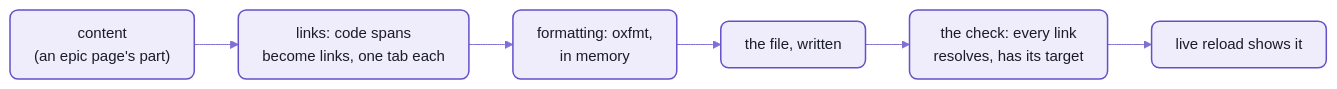
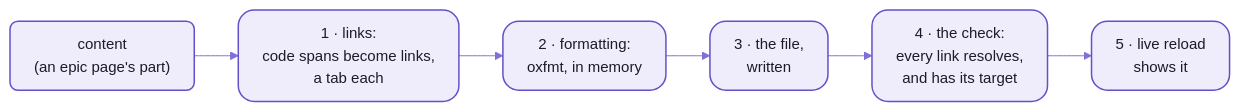
Before and after one commit to spell-app/spell: the sixth of 6 diagrams in README-server.md, drawn with Mermaid. The commit also changed other lines of this file and 12 other files, not shown here.

````diff
--- a/README-server.md
+++ b/README-server.md
@@ -262,11 +352,13 @@
 ```mermaid
 %%{init: {"theme":"base","themeVariables":{"fontFamily":"-apple-system, BlinkMacSystemFont, Segoe UI, Helvetica, Arial, sans-serif","fontSize":"15px","primaryColor":"#EFECFB","primaryBorderColor":"#6550CA","primaryTextColor":"#1A1C27","secondaryColor":"#F4F1E9","tertiaryColor":"#F7F6FC","lineColor":"#7F6FD6","textColor":"#7F6FD6","clusterBkg":"#F7F6FC","clusterBorder":"#B9B0E8","titleColor":"#1A1C27","edgeLabelBackground":"#F7F6FC","actorBkg":"#EFECFB","actorBorder":"#6550CA","actorTextColor":"#1A1C27","actorLineColor":"#9C90DE","signalColor":"#7F6FD6","signalTextColor":"#7F6FD6","labelBoxBkgColor":"#EFECFB","labelBoxBorderColor":"#6550CA","labelTextColor":"#1A1C27","loopTextColor":"#7F6FD6","noteBkgColor":"#F1E7D4","noteBorderColor":"#C9B48A","noteTextColor":"#1A1C27","activationBkgColor":"#DCD6F7","activationBorderColor":"#6550CA","sequenceNumberColor":"#FFFFFF"},"flowchart":{"curve":"basis","padding":12,"nodeSpacing":40,"rankSpacing":44}}}%%
 flowchart LR
-  content["content<br/>(an epic page's part)"] --> link["links:  code spans<br/>become links, one tab each"]
-  link --> format["formatting:  oxfmt,<br/>in memory"]
-  format --> file[the file, written]
-  file --> check["the check:  every link<br/>resolves, has its target"]
-  check --> reload[live reload shows it]
+  content["content<br/>(an epic page's part)"] --> link["1 · links:<br/>code spans become links,<br/>a tab each"]
+  link --> format["2 · formatting:<br/>oxfmt, in memory"]
+  format --> file["3 · the file,<br/>written"]
+  file --> check["4 · the check:<br/>every link resolves,<br/>and has its target"]
+  check --> reload["5 · live reload<br/>shows it"]
   %% the Spell look:  yarn mermaid:pretty
   classDef default fill:#EFECFB,stroke:#6550CA,stroke-width:1.5px,color:#1A1C27,rx:8px,ry:8px
+  classDef step fill:#EFECFB,stroke:#6550CA,stroke-width:1.5px,color:#1A1C27,rx:16px,ry:16px
+  class link,format,file,check,reload step
 ```
````
